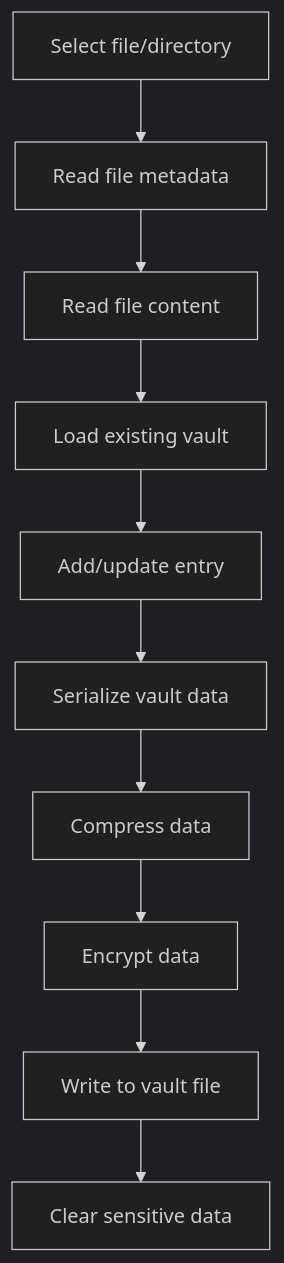
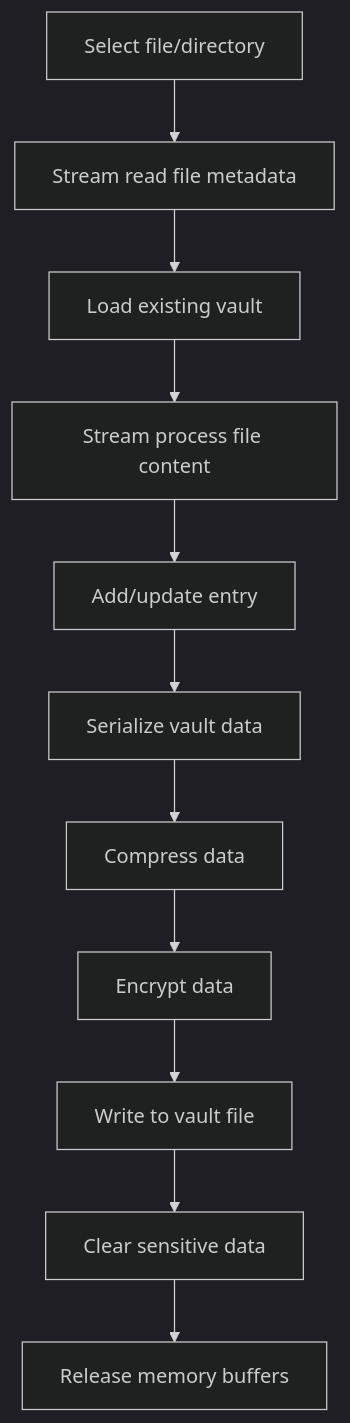
Before and after one commit to balamutik/flint-cli: the fourth of 5 diagrams in docs/ARCHITECTURE.md, drawn with Mermaid (dark theme). The commit also changed other lines of this file and 7 other files, not shown here.

````diff
--- a/docs/ARCHITECTURE.md
+++ b/docs/ARCHITECTURE.md
@@ -251,12 +264,13 @@
 ```mermaid
 flowchart TD
-    A[Select file/directory] --> B[Read file metadata]
-    B --> C[Read file content]
-    C --> D[Load existing vault]
+    A[Select file/directory] --> B[Stream read file metadata]
+    B --> C[Load existing vault]
+    C --> D[Stream process file content]
     D --> E[Add/update entry]
     E --> F[Serialize vault data]
     F --> G[Compress data]
     G --> H[Encrypt data]
     H --> I[Write to vault file]
     I --> J[Clear sensitive data]
+    J --> K[Release memory buffers]
 ```
````
